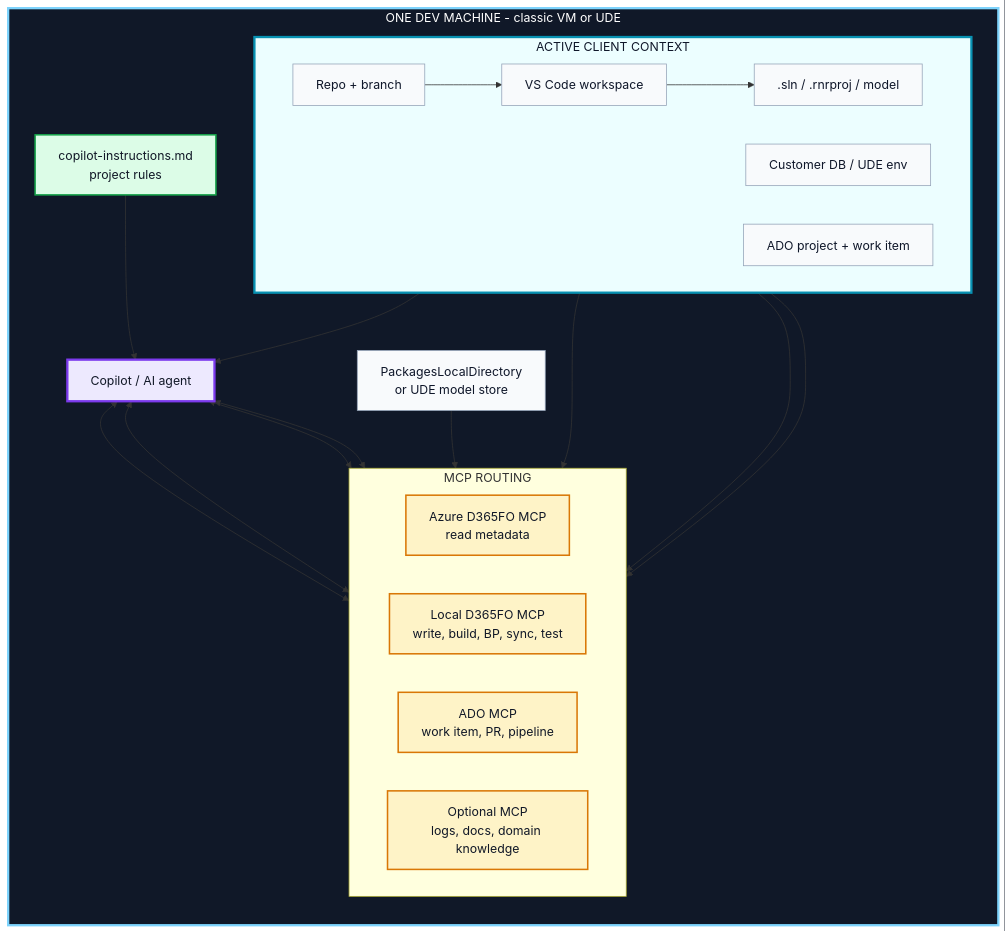
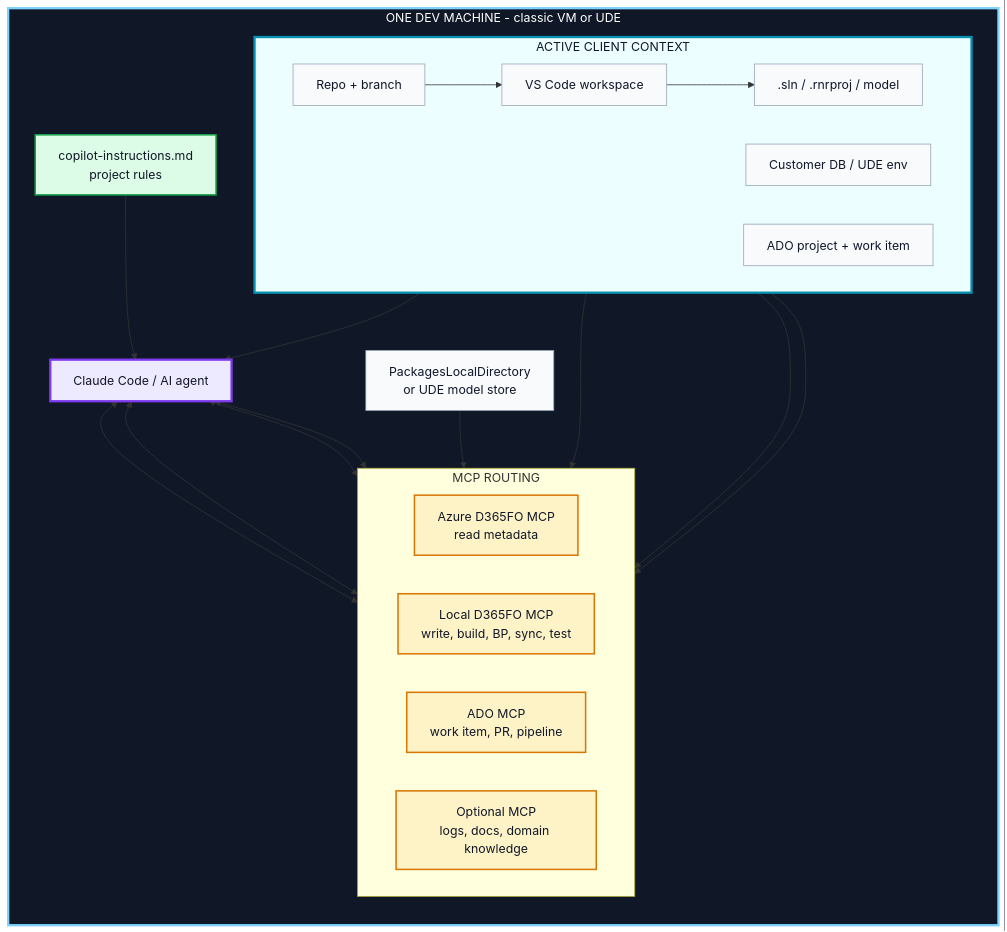
Before and after one commit to tfranczyk/d365fo-mcp-server: the first of 5 diagrams in docs/XPP_DEVELOPMENT_WITH_MCP.md, drawn with Mermaid. The commit also changed other lines of this file and 10 other files, not shown here.

First line of the commit message:
Docs: Claude Code only, point to the two root deployment guides, fix repo URLs

````diff
--- a/docs/XPP_DEVELOPMENT_WITH_MCP.md
+++ b/docs/XPP_DEVELOPMENT_WITH_MCP.md
@@ -70,53 +70,53 @@
 ```mermaid
 flowchart TB
     classDef context fill:#f8fafc,stroke:#94a3b8,stroke-width:1px,color:#0f172a
     classDef mcp fill:#fef3c7,stroke:#d97706,stroke-width:2px,color:#111827
     classDef agent fill:#ede9fe,stroke:#7c3aed,stroke-width:3px,color:#111827
     classDef guard fill:#dcfce7,stroke:#16a34a,stroke-width:2px,color:#111827
 
     subgraph DEV["ONE DEV MACHINE - classic VM or UDE"]
         direction TB
 
         subgraph ACTIVE["ACTIVE CLIENT CONTEXT"]
             direction LR
             Repo["Repo + branch"]
             DB["Customer DB / UDE env"]
             WS["VS Code workspace"]
             Model[".sln / .rnrproj / model"]
             ADO["ADO project + work item"]
         end
 
-        Agent["Copilot / AI agent"]
+        Agent["Claude Code / AI agent"]
         Instructions["copilot-instructions.md<br/>project rules"]
 
         subgraph MCP["MCP ROUTING"]
             direction LR
             AzureMCP["Azure D365FO MCP<br/>read metadata"]
             LocalMCP["Local D365FO MCP<br/>write, build, BP, sync, test"]
             AdoMCP["ADO MCP<br/>work item, PR, pipeline"]
             ExtraMCP["Optional MCP<br/>logs, docs, domain knowledge"]
         end
 
         Packages["PackagesLocalDirectory<br/>or UDE model store"]
     end
 
     Repo --> WS
     DB --> LocalMCP
     WS --> Model
     WS --> Agent
     Model --> LocalMCP
     ADO --> AdoMCP
     Instructions --> Agent
     Agent <--> AzureMCP
     Agent <--> LocalMCP
     Agent <--> AdoMCP
     Agent <--> ExtraMCP
     Packages --> LocalMCP
 
     style DEV fill:#101828,stroke:#7dd3fc,stroke-width:3px,color:#ffffff
     style ACTIVE fill:#ecfeff,stroke:#0891b2,stroke-width:3px,color:#0f172a
     class Repo,DB,WS,Model,ADO,Packages context
     class AzureMCP,LocalMCP,AdoMCP,ExtraMCP mcp
     class Agent agent
     class Instructions guard
 ```
````
